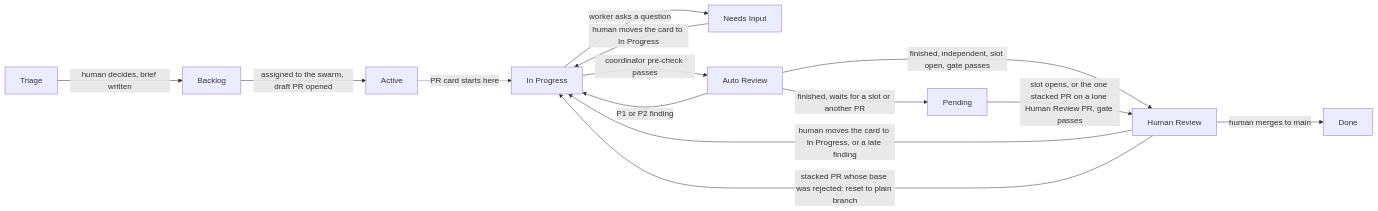
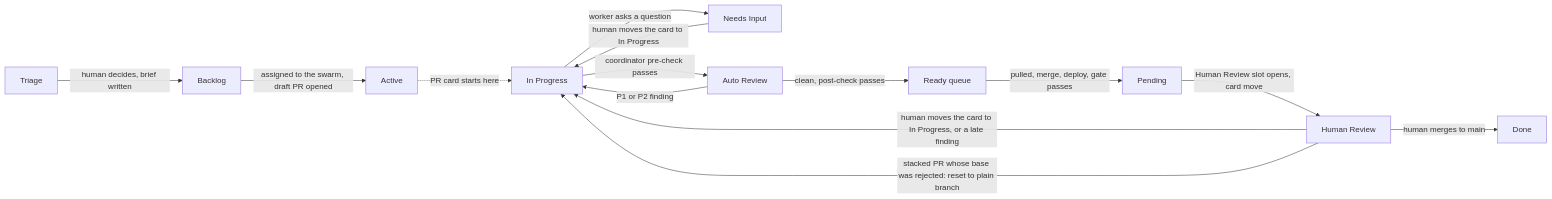
One commit to tangentcode/methodology changed the diagram in workflow.md. Above: the diagram before and after it, drawn with Mermaid. The commit also changed other lines of this file and 11 other files, not shown here.

First line of the commit message:
Document the lean just-in-time Human Review flow

````diff
--- a/workflow.md
+++ b/workflow.md
@@ -63,16 +65,16 @@
 ```mermaid
 flowchart LR
     T[Triage] -->|human decides, brief written| B[Backlog]
     B -->|assigned to the swarm, draft PR opened| AC[Active]
     AC -.->|PR card starts here| IP[In Progress]
     IP -->|worker asks a question| NI[Needs Input]
     NI -->|human moves the card to In Progress| IP
     IP -->|coordinator pre-check passes| AR[Auto Review]
     AR -->|P1 or P2 finding| IP
-    AR -->|finished, independent, slot open, gate passes| HR[Human Review]
-    AR -->|finished, waits for a slot or another PR| P[Pending]
-    P -->|slot opens, or the one stacked PR on a lone Human Review PR, gate passes| HR
+    AR -->|clean, post-check passes| R[Ready queue]
+    R -->|pulled, merge, deploy, gate passes| P[Pending]
+    P -->|Human Review slot opens, card move| HR[Human Review]
     HR -->|human moves the card to In Progress, or a late finding| IP
     HR -->|stacked PR whose base was rejected: reset to plain branch| IP
     HR -->|human merges to main| D[Done]
 ```
````
